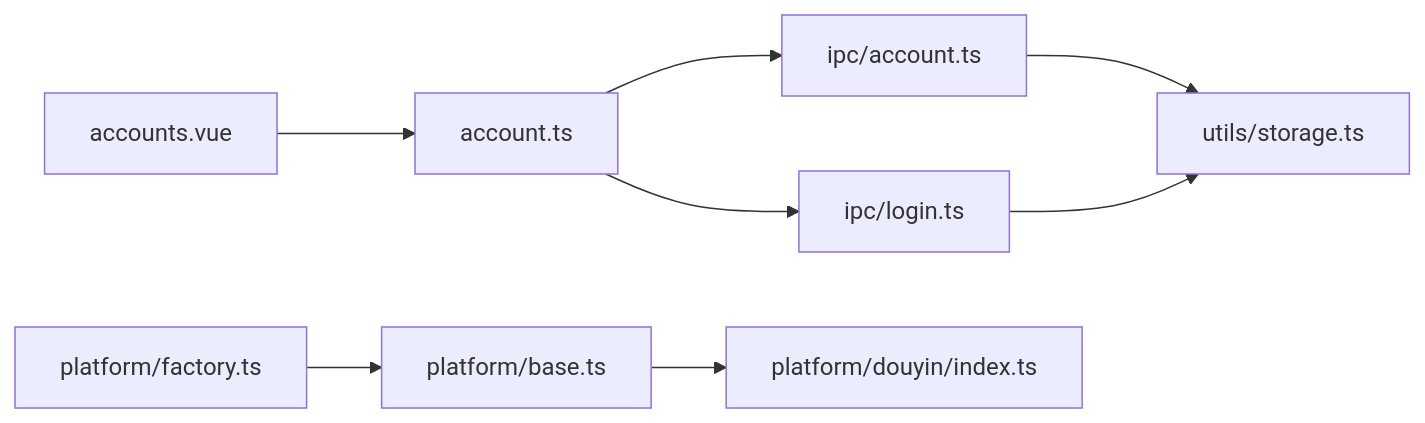
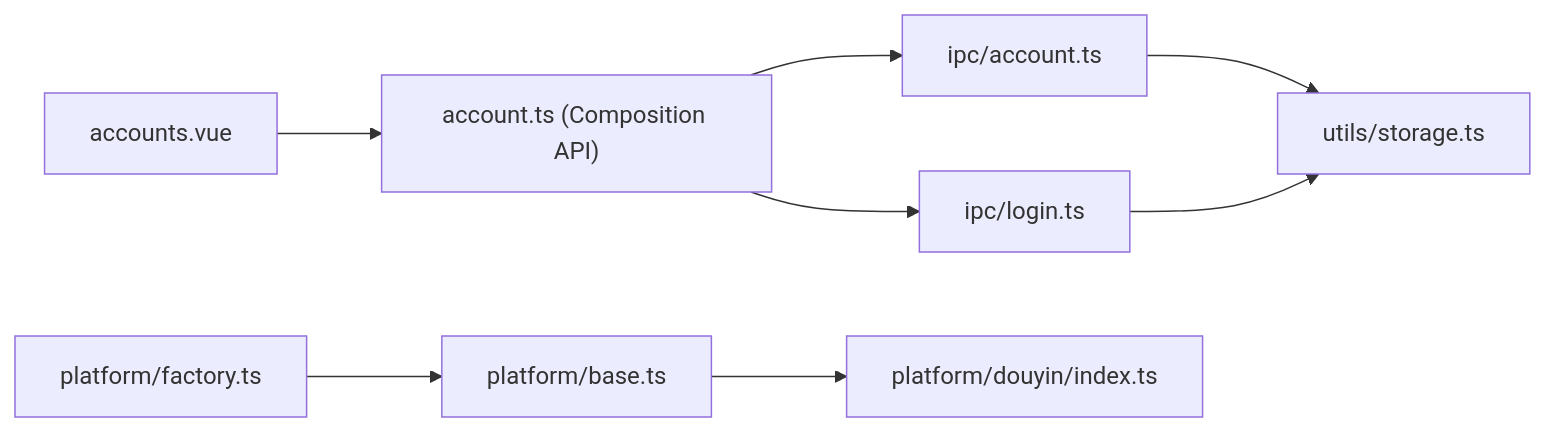
The ninth of 9 diagrams in .qoder/repowiki/zh/content/状态管理/账号状态管理.md (hipig/autoOps), drawn with Mermaid before and after one commit. The commit also changed other lines of this file and 37 other files, not shown here.

````diff
--- a/.qoder/repowiki/zh/content/状态管理/账号状态管理.md
+++ b/.qoder/repowiki/zh/content/状态管理/账号状态管理.md
@@ -392,10 +423,10 @@
 ```mermaid
 graph LR
-AccountsVue["accounts.vue"] --> AccountStore["account.ts"]
+AccountsVue["accounts.vue"] --> AccountStore["account.ts (Composition API)"]
 AccountStore --> IPC_Account["ipc/account.ts"]
 AccountStore --> IPC_Login["ipc/login.ts"]
 IPC_Account --> Storage["utils/storage.ts"]
 IPC_Login --> Storage
 Factory["platform/factory.ts"] --> Base["platform/base.ts"]
 Base --> Douyin["platform/douyin/index.ts"]
 ```
````
